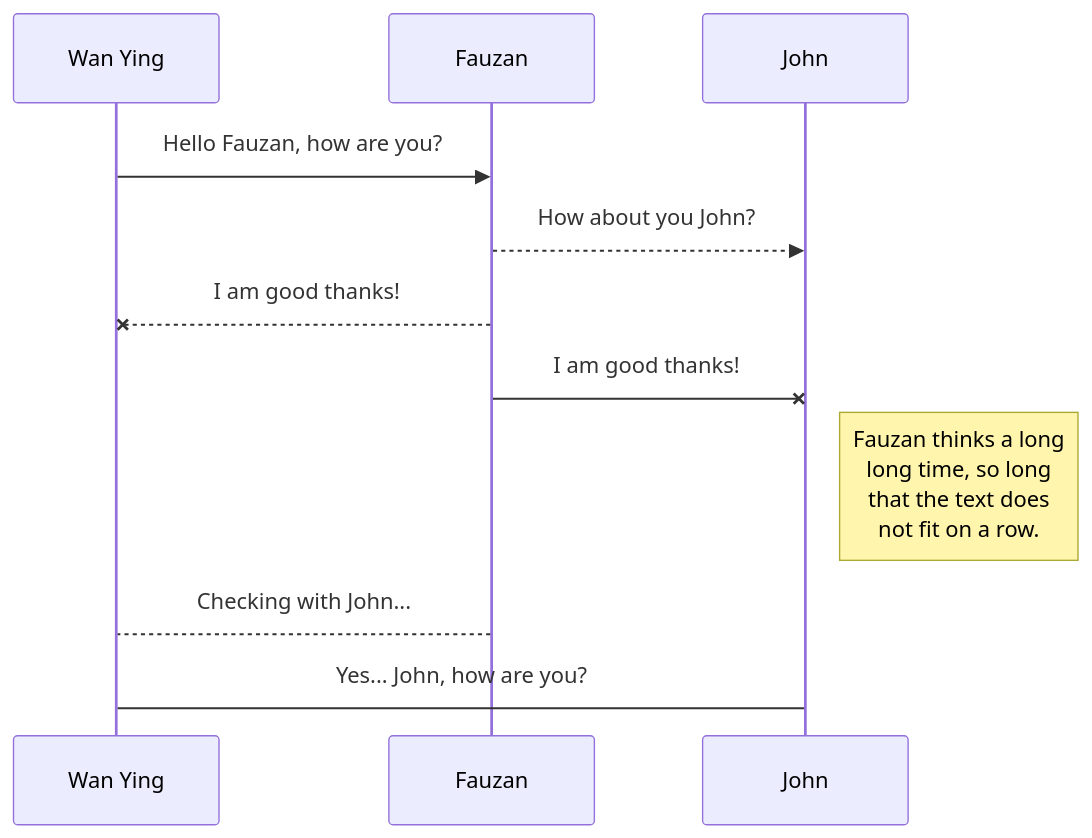
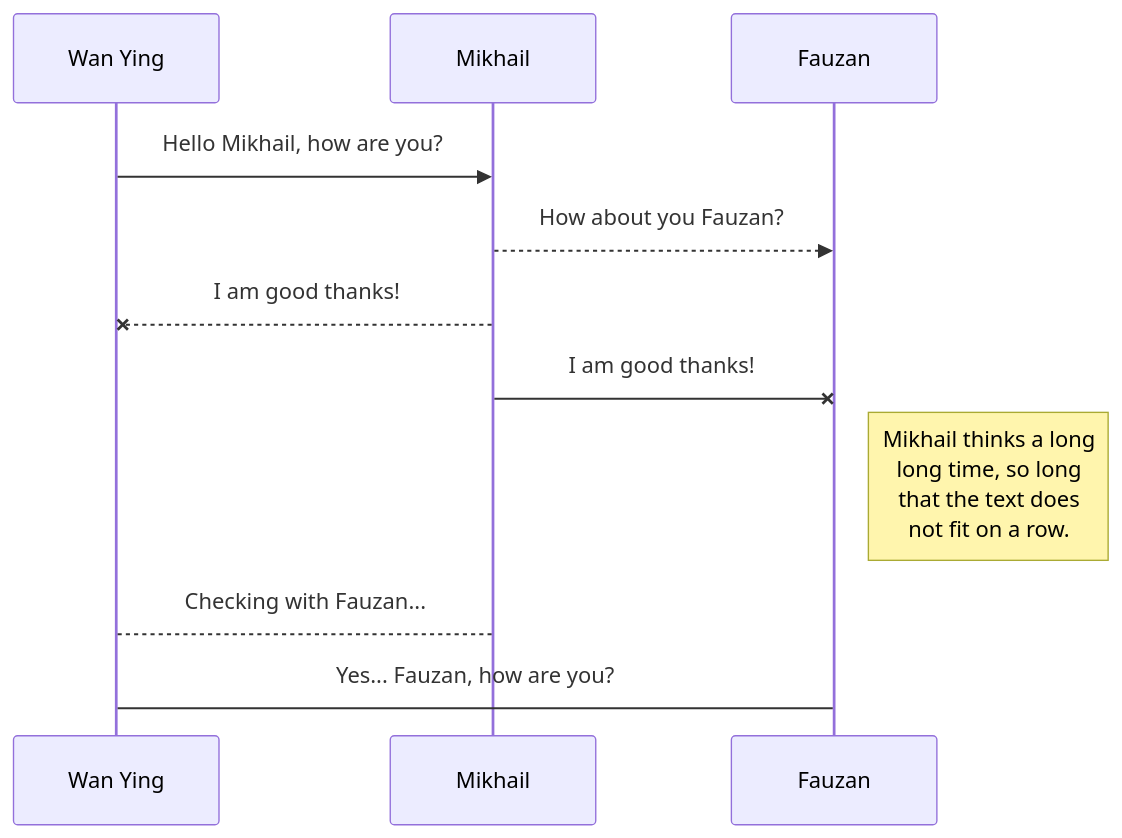
One commit to drshahizan/learn-github changed the first of 2 diagrams in exercise/HPDP/Hafizulshah/readme.md. Above: the diagram before and after it, drawn with Mermaid.

````diff
--- a/exercise/HPDP/Hafizulshah/readme.md
+++ b/exercise/HPDP/Hafizulshah/readme.md
@@ -43,11 +43,11 @@
 ```mermaid
 sequenceDiagram
-Wan Ying ->> Fauzan: Hello Fauzan, how are you?
-Fauzan-->>John: How about you John?
-Fauzan--x Wan Ying: I am good thanks!
-Fauzan-x John: I am good thanks!
-Note right of John: Fauzan thinks a long<br/>long time, so long<br/>that the text does<br/>not fit on a row.
+Wan Ying ->> Mikhail: Hello Mikhail, how are you?
+Mikhail-->>Fauzan: How about you Fauzan?
+Mikhail--x Wan Ying: I am good thanks!
+Mikhail-x Fauzan: I am good thanks!
+Note right of Fauzan: Mikhail thinks a long<br/>long time, so long<br/>that the text does<br/>not fit on a row.
 
-Fauzan-->Wan Ying: Checking with John...
-Wan Ying->John: Yes... John, how are you?
+Mikhail-->Wan Ying: Checking with Fauzan...
+Wan Ying->Fauzan: Yes... Fauzan, how are you?
 ```
````
